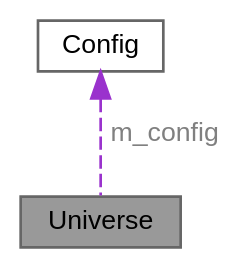
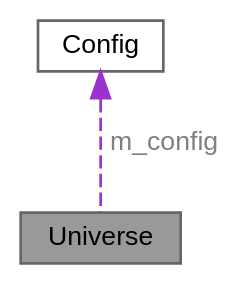
The diagram in docs/classUniverse__coll__graph.dot (Kojittsu/Particles_Simulation), drawn with Graphviz before and after one commit. The commit also changed 89 other files, not shown here.

```diff
--- a/docs/classUniverse__coll__graph.dot
+++ b/docs/classUniverse__coll__graph.dot
@@ -1,10 +1,11 @@
 digraph "Universe"
 {
  // LATEX_PDF_SIZE
   bgcolor="transparent";
   edge [fontname=Helvetica,fontsize=10,labelfontname=Helvetica,labelfontsize=10];
   node [fontname=Helvetica,fontsize=10,shape=box,height=0.2,width=0.4];
   Node1 [id="Node000001",label="Universe",height=0.2,width=0.4,color="gray40", fillcolor="grey60", style="filled", fontcolor="black",tooltip=" "];
-  Node2 -> Node1 [id="edge1_Node000001_Node000002",dir="back",color="darkorchid3",style="dashed",tooltip=" ",label=" m_config",fontcolor="grey" ];
+  Node2 -> Node1 [id="edge1_Node000001_Node000002",dir="back",color="darkorchid3",style="dashed",tooltip=" ",label=<<TABLE CELLBORDER="0" BORDER="0"><TR><TD VALIGN="top" ALIGN="LEFT" CELLPADDING="1" CELLSPACING="0">m_config</TD></TR>
+</TABLE>> ,fontcolor="grey" ];
   Node2 [id="Node000002",label="Config",height=0.2,width=0.4,color="gray40", fillcolor="white", style="filled",URL="$structConfig.html",tooltip=" "];
 }
```
